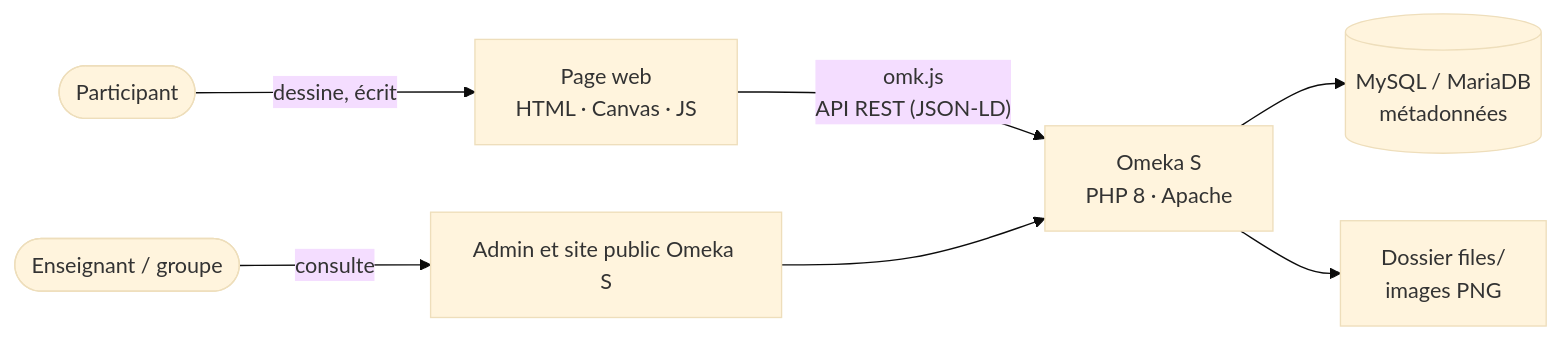
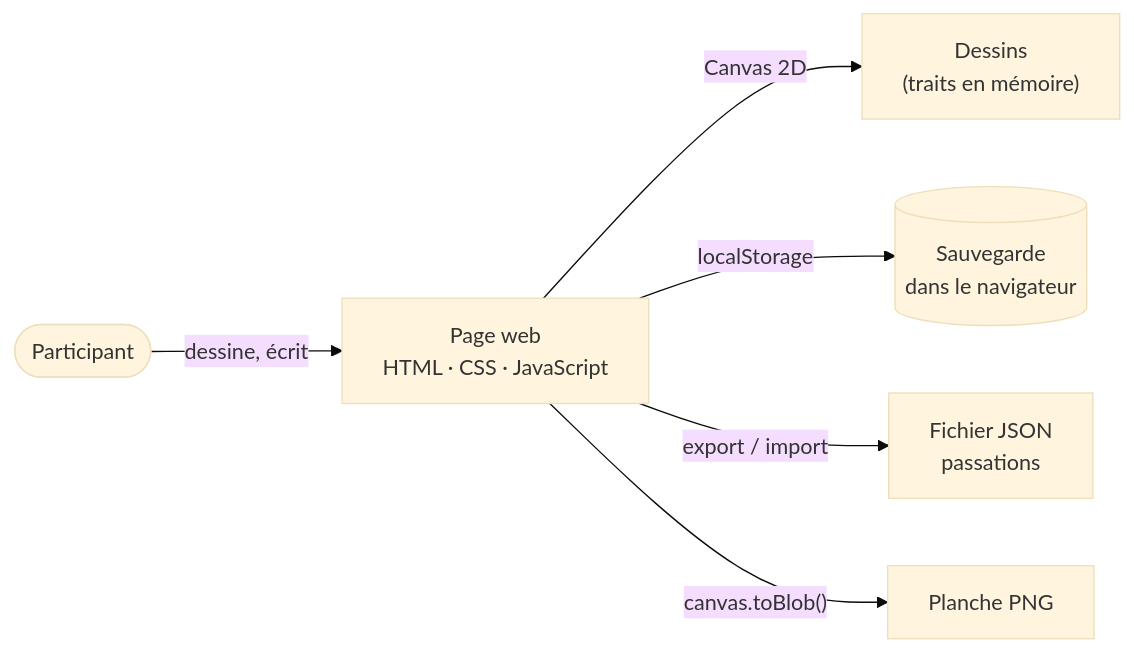
Before and after one commit to AntoineJarnoux/ArtificialInquiries_1: the diagram in README.md, drawn with Mermaid (base theme). The commit also changed other lines of this file and 1 other file, not shown here.

````diff
--- a/README.md
+++ b/README.md
@@ -45,9 +44,8 @@
 ```mermaid
 flowchart LR
-    U(["Participant"]) -->|"dessine, écrit"| F["Page web<br/>HTML · Canvas · JS"]
-    F -->|"omk.js<br/>API REST (JSON-LD)"| O["Omeka S<br/>PHP 8 · Apache"]
-    O --> DB[("MySQL / MariaDB<br/>métadonnées")]
-    O --> FS["Dossier files/<br/>images PNG"]
-    P(["Enseignant / groupe"]) -->|"consulte"| S["Admin et site public Omeka S"]
-    S --> O
+    U(["Participant"]) -->|"dessine, écrit"| F["Page web<br/>HTML · CSS · JavaScript"]
+    F -->|"Canvas 2D"| D["Dessins<br/>(traits en mémoire)"]
+    F -->|"localStorage"| L[("Sauvegarde<br/>dans le navigateur")]
+    F -->|"export / import"| J["Fichier JSON<br/>passations"]
+    F -->|"canvas.toBlob()"| P["Planche PNG"]
 ```
````
